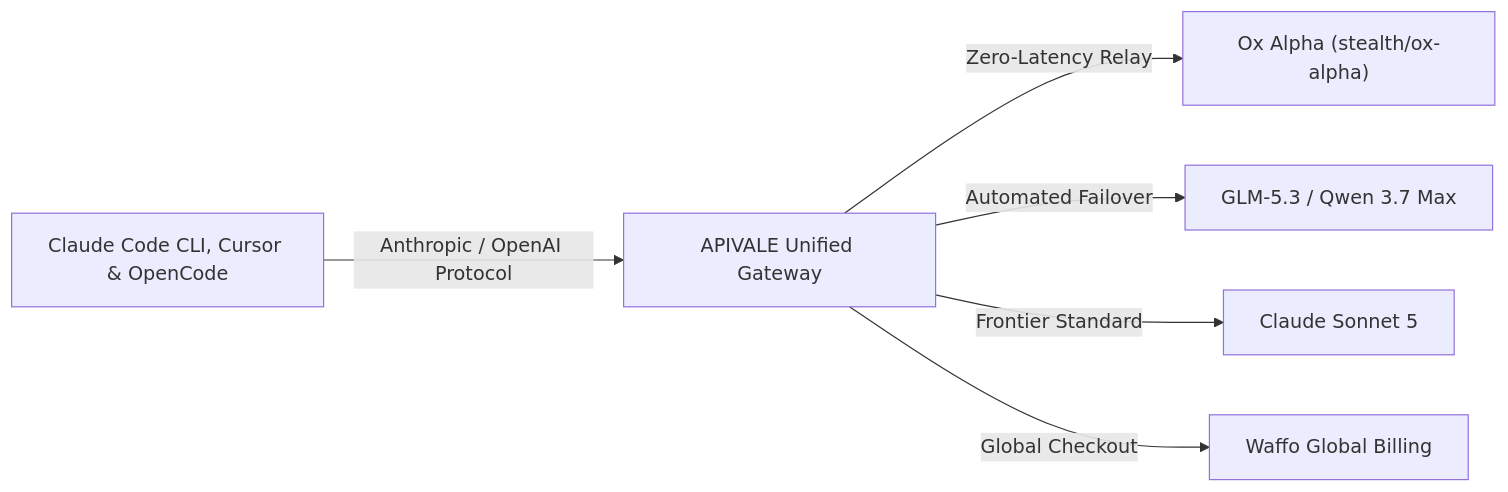
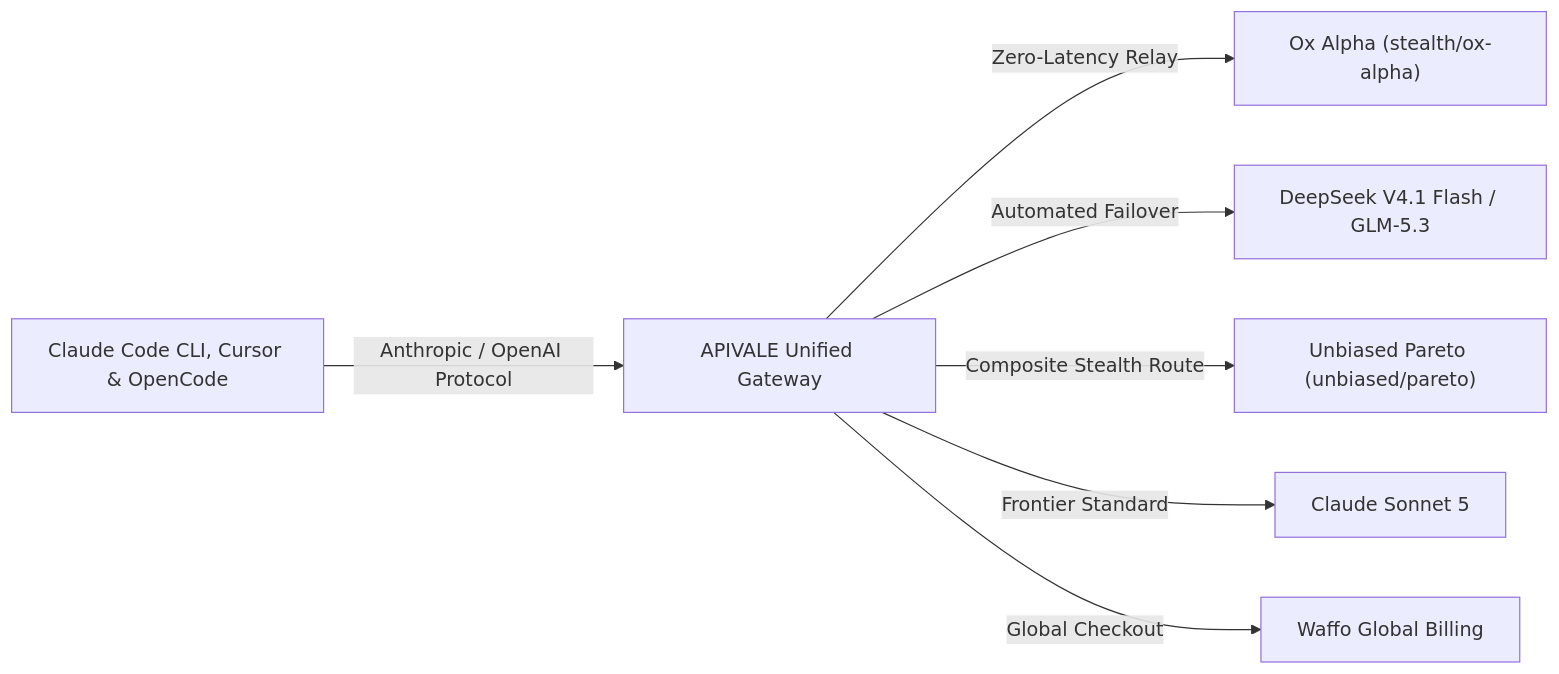
The diagram in src/content/blog/ox-alpha-claude-code-cursor-setup.md (bshx2024/apivel_blog), drawn with Mermaid before and after one commit. The commit also changed other lines of this file and 14 other files, not shown here.

Commit message:
feat(seo): publish unbiased pareto ai api setup guide and optimize gsc ranking mesh

````diff
--- a/src/content/blog/ox-alpha-claude-code-cursor-setup.md
+++ b/src/content/blog/ox-alpha-claude-code-cursor-setup.md
@@ -29,8 +29,9 @@
 ```mermaid
 graph LR
     A["Claude Code CLI, Cursor & OpenCode"] -->|Anthropic / OpenAI Protocol| B["APIVALE Unified Gateway"]
     B -->|Zero-Latency Relay| C["Ox Alpha (stealth/ox-alpha)"]
-    B -->|Automated Failover| D["GLM-5.3 / Qwen 3.7 Max"]
+    B -->|Automated Failover| D["DeepSeek V4.1 Flash / GLM-5.3"]
+    B -->|Composite Stealth Route| G["Unbiased Pareto (unbiased/pareto)"]
     B -->|Frontier Standard| E["Claude Sonnet 5"]
     B -->|Global Checkout| F["Waffo Global Billing"]
 ```
````
